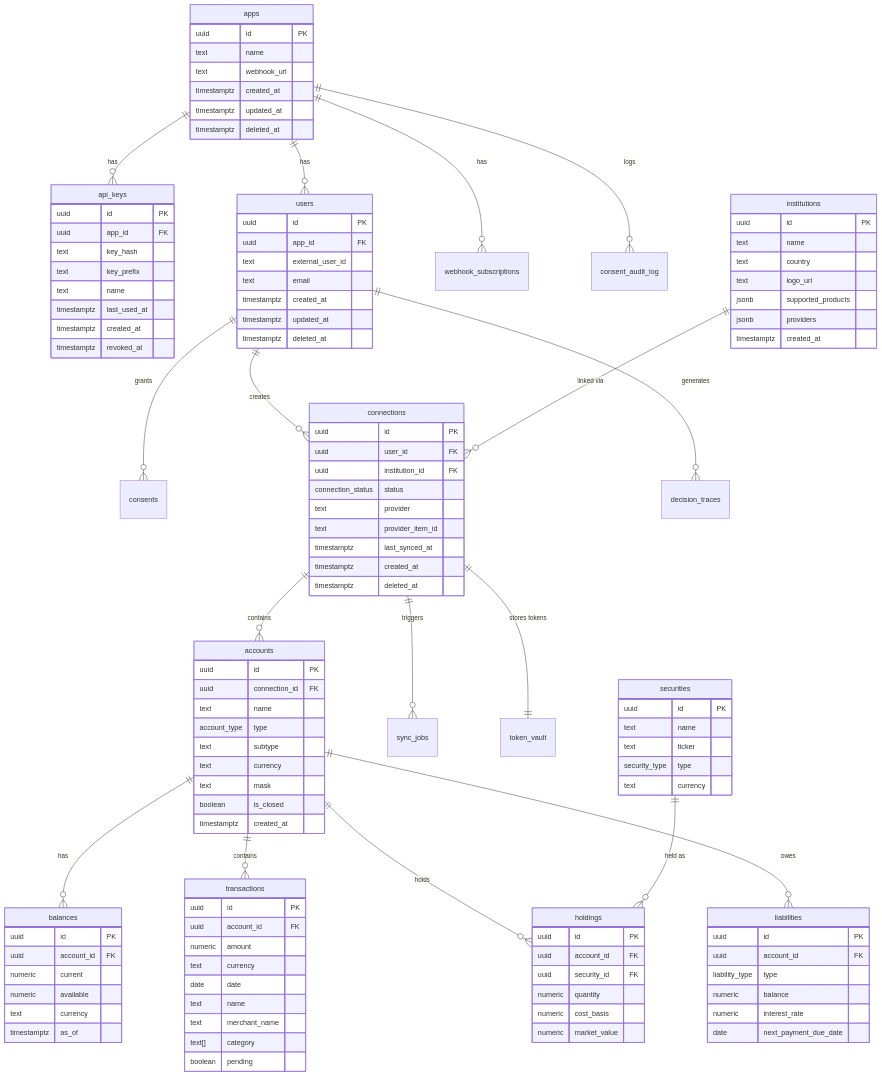
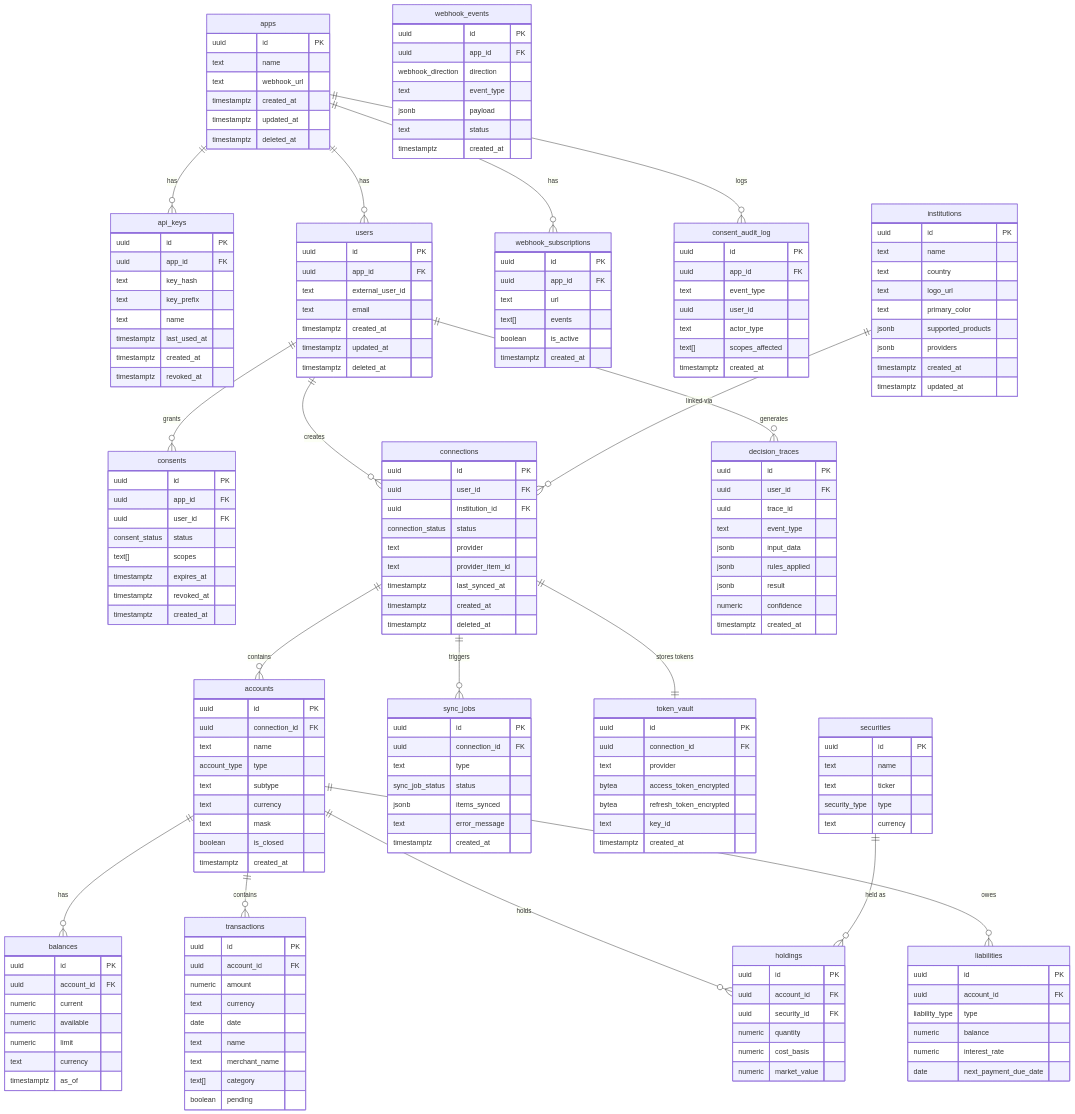
Before and after one commit to alexchaomander/ClearMoney: the first of 2 diagrams in docs/platform/data-model.md, drawn with Mermaid. The commit also changed other lines of this file and 1 other file, not shown here.

Commit message:
Address PR review feedback
schema.sql:
- Make api_keys.key_hash globally unique (not partial index) to prevent
  reuse of compromised keys
- Remove provenance fields from institutions table (master data, not
  provider-sourced)
- Add composite FK on consents (app_id, user_id) -> users(app_id, id)
  to enforce tenant consistency and prevent cross-tenant leakage
- Add unique constraint on token_vault.connection_id for 1:1 relationship
- Add comment on consent_audit_log explaining intentional FK omission

data-model.md:
- Add missing tables to ER diagram: consents, sync_jobs, webhook_subscriptions,
  webhook_events, decision_traces, consent_audit_log, token_vault
- Add missing columns: institutions.primary_color, balances.limit
- Add updated_at to users table description
- Clarify that provenance fields are on financial data tables only,
  not operational or master data tables

```diff
--- a/docs/platform/data-model.md
+++ b/docs/platform/data-model.md
@@ -112,8 +112,82 @@
         text name
         text country
         text logo_url
+        text primary_color
         jsonb supported_products
         jsonb providers
+        timestamptz created_at
+        timestamptz updated_at
+    }
+
+    consents {
+        uuid id PK
+        uuid app_id FK
+        uuid user_id FK
+        consent_status status
+        text[] scopes
+        timestamptz expires_at
+        timestamptz revoked_at
+        timestamptz created_at
+    }
+
+    sync_jobs {
+        uuid id PK
+        uuid connection_id FK
+        text type
+        sync_job_status status
+        jsonb items_synced
+        text error_message
+        timestamptz created_at
+    }
+
+    webhook_subscriptions {
+        uuid id PK
+        uuid app_id FK
+        text url
+        text[] events
+        boolean is_active
+        timestamptz created_at
+    }
+
+    webhook_events {
+        uuid id PK
+        uuid app_id FK
+        webhook_direction direction
+        text event_type
+        jsonb payload
+        text status
+        timestamptz created_at
+    }
+
+    decision_traces {
+        uuid id PK
+        uuid user_id FK
+        uuid trace_id
+        text event_type
+        jsonb input_data
+        jsonb rules_applied
+        jsonb result
+        numeric confidence
+        timestamptz created_at
+    }
+
+    consent_audit_log {
+        uuid id PK
+        uuid app_id FK
+        text event_type
+        uuid user_id
+        text actor_type
+        text[] scopes_affected
+        timestamptz created_at
+    }
+
+    token_vault {
+        uuid id PK
+        uuid connection_id FK
+        text provider
+        bytea access_token_encrypted
+        bytea refresh_token_encrypted
+        text key_id
         timestamptz created_at
     }
 
@@ -146,6 +220,7 @@
         uuid account_id FK
         numeric current
         numeric available
+        numeric limit
         text currency
         timestamptz as_of
     }
```
